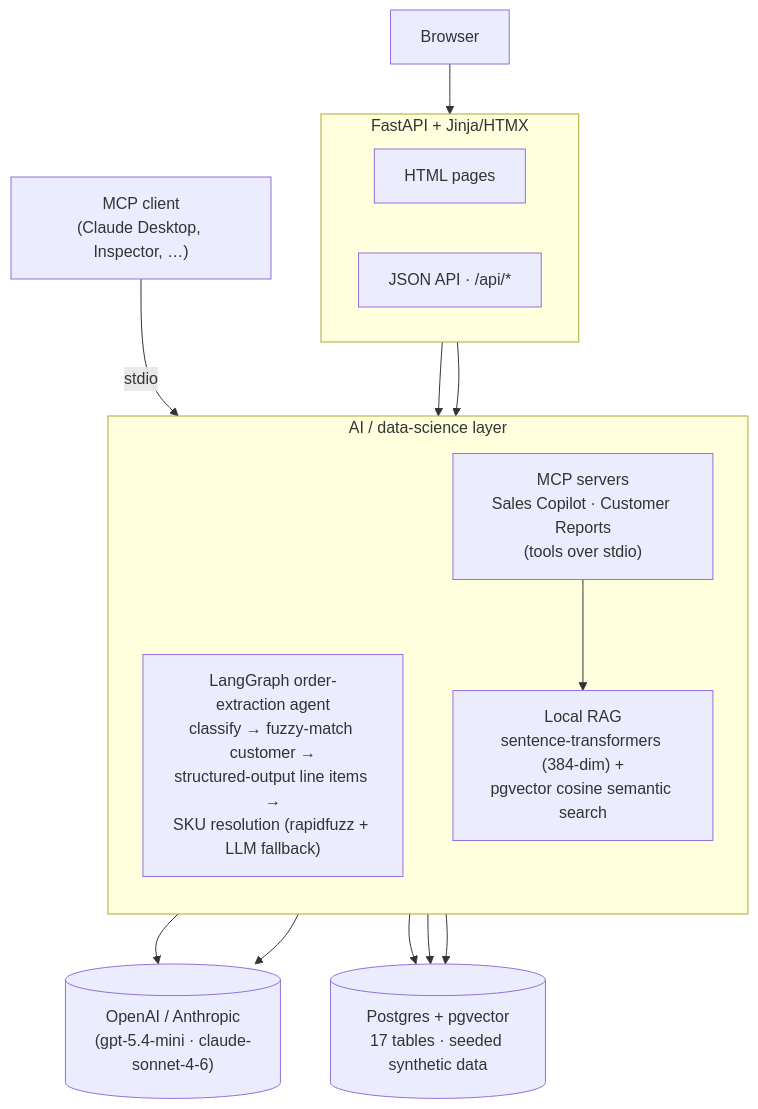
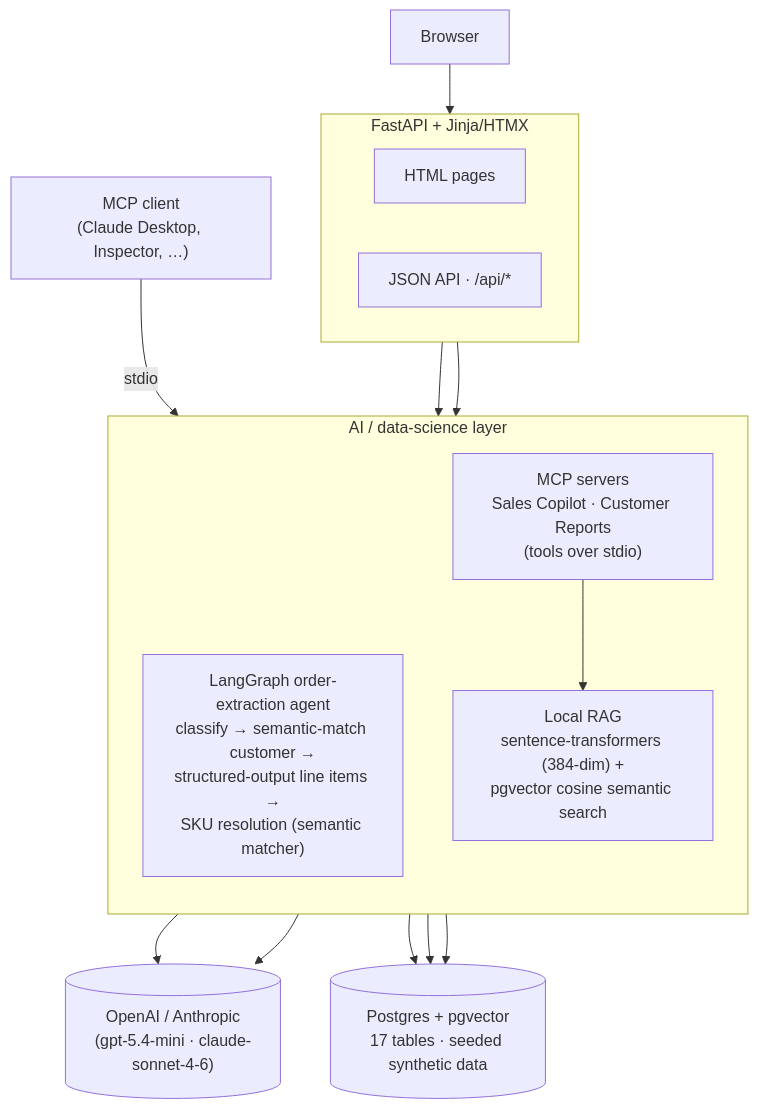
Before and after one commit to Thru-Echoes/agentic-waggle: the diagram in README.md, drawn with Mermaid. The commit also changed other lines of this file and 12 other files, not shown here.

````diff
--- a/README.md
+++ b/README.md
@@ -73,32 +73,32 @@
 ```mermaid
 flowchart TB
     U1[Browser]
     U2["MCP client<br/>(Claude Desktop, Inspector, …)"]
 
     subgraph Web["FastAPI + Jinja/HTMX"]
       direction LR
       Pages[HTML pages]
       API["JSON API · /api/*"]
     end
 
     subgraph AI["AI / data-science layer"]
       direction TB
-      Agent["LangGraph order-extraction agent<br/>classify → fuzzy-match customer →<br/>structured-output line items →<br/>SKU resolution (rapidfuzz + LLM fallback)"]
+      Agent["LangGraph order-extraction agent<br/>classify → semantic-match customer →<br/>structured-output line items →<br/>SKU resolution (semantic matcher)"]
       RAG["Local RAG<br/>sentence-transformers (384-dim) +<br/>pgvector cosine semantic search"]
       MCP["MCP servers<br/>Sales Copilot · Customer Reports<br/>(tools over stdio)"]
     end
 
     LLM[("OpenAI / Anthropic<br/>(gpt-5.4-mini · claude-sonnet-4-6)")]
     DB[("Postgres + pgvector<br/>17 tables · seeded synthetic data")]
 
     U1 --> Web
     U2 -->|stdio| MCP
     Web --> Agent
     Web --> RAG
     Agent --> LLM
     Agent --> DB
     RAG --> DB
     MCP --> DB
     MCP --> RAG
     MCP --> LLM
 ```
````
